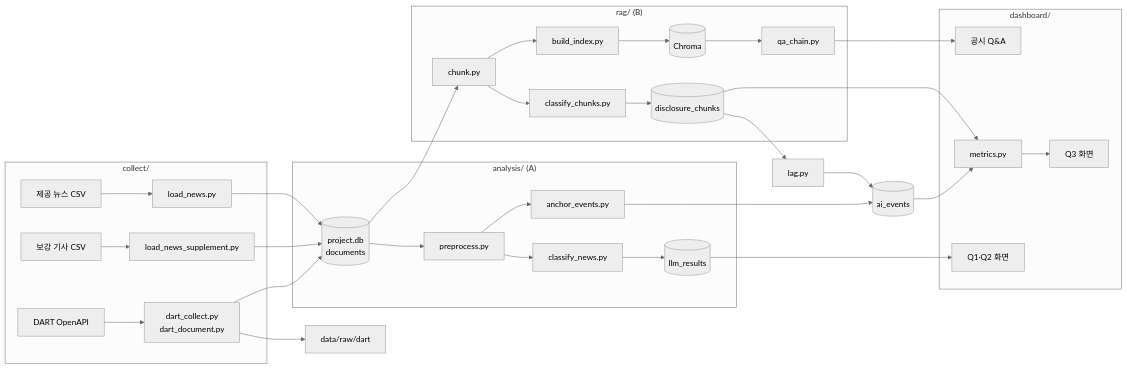
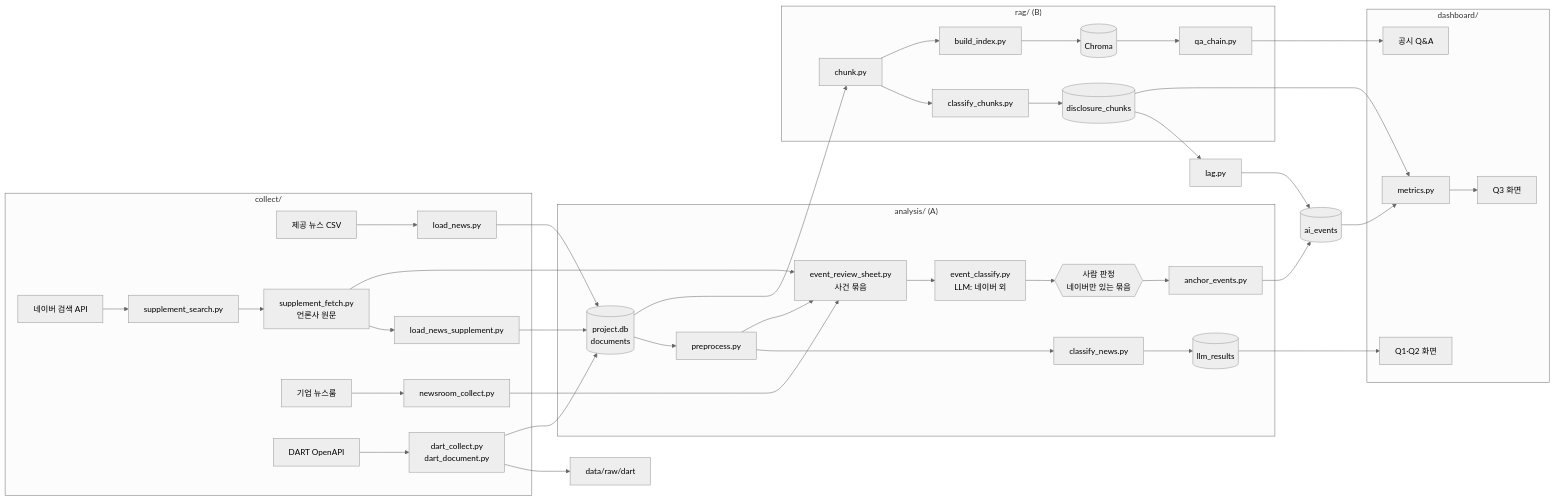
The diagram in docs/PROJECT_STRUCTURE.md (AI-Campus-1st/mid-marketing-insight), drawn with Mermaid (neutral theme) before and after one commit. The commit also changed other lines of this file and 14 other files, not shown here.

First line of the commit message:
feat: 앵커 이벤트 보강 수집(네이버 검색 API·기업 뉴스룸)과 이벤트 검토 시트

````diff
--- a/docs/PROJECT_STRUCTURE.md
+++ b/docs/PROJECT_STRUCTURE.md
@@ -76,36 +90,42 @@
 ```mermaid
 flowchart LR
     subgraph 수집["collect/"]
         N[제공 뉴스 CSV] --> LN[load_news.py]
-        S[보강 기사 CSV] --> LS[load_news_supplement.py]
+        NAPI[네이버 검색 API] --> SS[supplement_search.py] --> SF[supplement_fetch.py<br/>언론사 원문]
+        SF --> LS[load_news_supplement.py]
+        NR[기업 뉴스룸] --> NC[newsroom_collect.py]
         DART[DART OpenAPI] --> DC[dart_collect.py<br/>dart_document.py]
     end
 
     LN --> DB[(project.db<br/>documents)]
     LS --> DB
     DC --> RAW[data/raw/dart]
     DC --> DB
 
     subgraph 뉴스분석["analysis/ (A)"]
         DB --> PP[preprocess.py] --> CL[classify_news.py]
         CL --> LR[(llm_results)]
-        PP --> AE[anchor_events.py]
+        PP --> RS[event_review_sheet.py<br/>사건 묶음]
+        NC --> RS
+        SF --> RS
+        RS --> EC[event_classify.py<br/>LLM: 네이버 외] --> HR{{사람 판정<br/>네이버만 있는 묶음}}
+        HR --> AE[anchor_events.py]
     end
 
     subgraph 공시분석["rag/ (B)"]
         DB --> CH[chunk.py] --> CC[classify_chunks.py] --> DCH[(disclosure_chunks)]
         CH --> BI[build_index.py] --> VDB[(Chroma)]
         VDB --> QA[qa_chain.py]
     end
 
     AE --> EV[(ai_events)]
     DCH --> LAG[lag.py] --> EV
     EV --> MT[metrics.py]
     DCH --> MT
 
     subgraph 화면["dashboard/"]
         LR --> Q12[Q1·Q2 화면]
         MT --> Q3[Q3 화면]
         QA --> QAT[공시 Q&A]
     end
 ```
````
